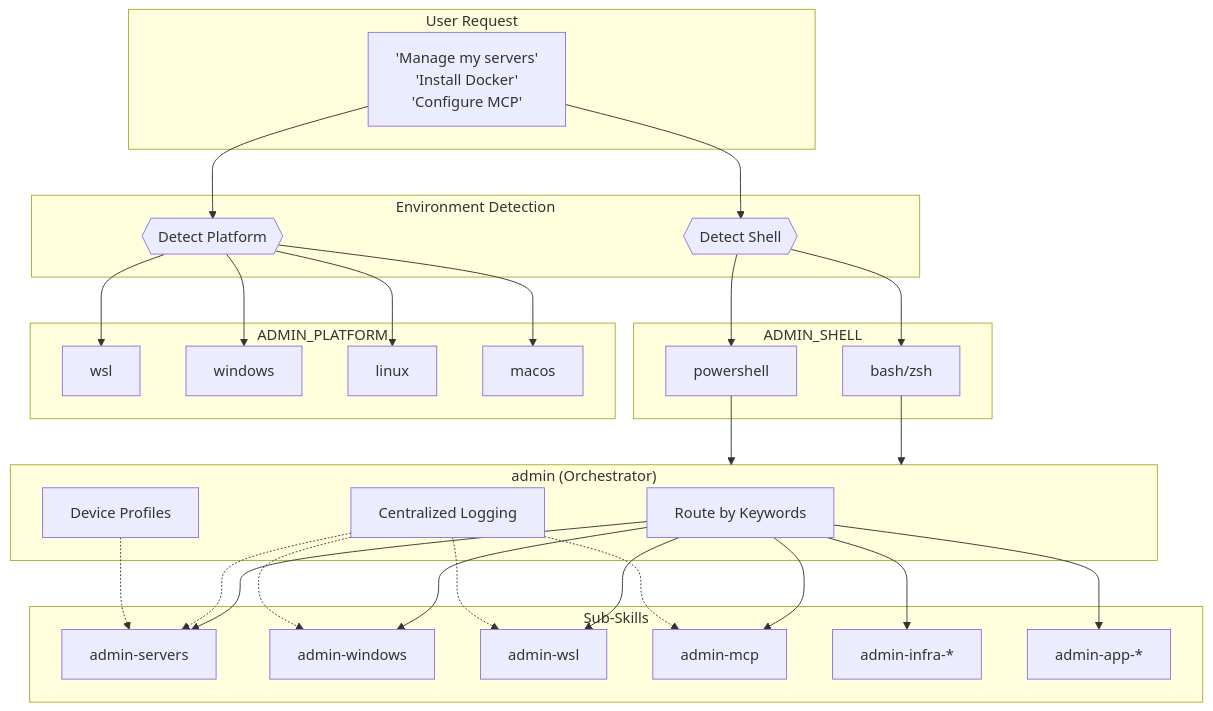
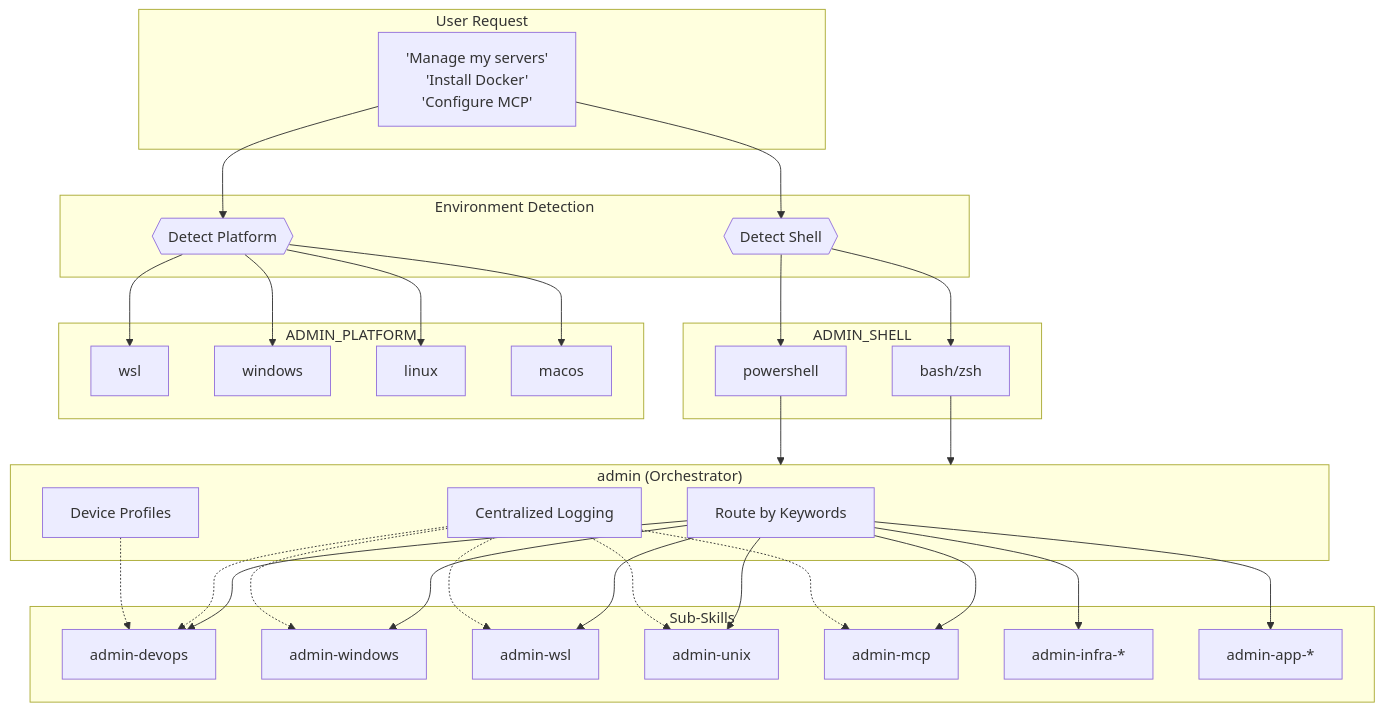
Before and after one commit to evolv3-ai/vibeskills: the first of 9 diagrams in docs/admin-skills-architecture.md, drawn with Mermaid. The commit also changed other lines of this file and 42 other files, not shown here.

Commit message:
rename admin-devops

````diff
--- a/docs/admin-skills-architecture.md
+++ b/docs/admin-skills-architecture.md
@@ -7,65 +7,68 @@
 ```mermaid
 flowchart TB
     subgraph User["User Request"]
         REQ["'Manage my servers'<br>'Install Docker'<br>'Configure MCP'"]
     end
 
     subgraph Detection["Environment Detection"]
         SHELL{{"Detect Shell"}}
         PLATFORM{{"Detect Platform"}}
     end
 
     subgraph Shells["ADMIN_SHELL"]
         BASH["bash/zsh"]
         PWSH["powershell"]
     end
 
     subgraph Platforms["ADMIN_PLATFORM"]
         WSL["wsl"]
         WIN["windows"]
         LIN["linux"]
         MAC["macos"]
     end
 
     subgraph Orchestrator["admin (Orchestrator)"]
         ROUTE["Route by Keywords"]
         LOG["Centralized Logging"]
         PROFILE["Device Profiles"]
     end
 
     subgraph SubSkills["Sub-Skills"]
-        SERVERS["admin-servers"]
+        SERVERS["admin-devops"]
         WINDOWS["admin-windows"]
         WSLSKILL["admin-wsl"]
+        UNIXSKILL["admin-unix"]
         MCP["admin-mcp"]
         INFRA["admin-infra-*"]
         APPS["admin-app-*"]
     end
 
     REQ --> SHELL
     REQ --> PLATFORM
 
     SHELL --> BASH
     SHELL --> PWSH
 
     PLATFORM --> WSL
     PLATFORM --> WIN
     PLATFORM --> LIN
     PLATFORM --> MAC
 
     BASH --> Orchestrator
     PWSH --> Orchestrator
 
     ROUTE --> SERVERS
     ROUTE --> WINDOWS
     ROUTE --> WSLSKILL
+    ROUTE --> UNIXSKILL
     ROUTE --> MCP
     ROUTE --> INFRA
     ROUTE --> APPS
 
     LOG -.-> SERVERS
     LOG -.-> WINDOWS
     LOG -.-> WSLSKILL
+    LOG -.-> UNIXSKILL
     LOG -.-> MCP
     PROFILE -.-> SERVERS
 ```
````
